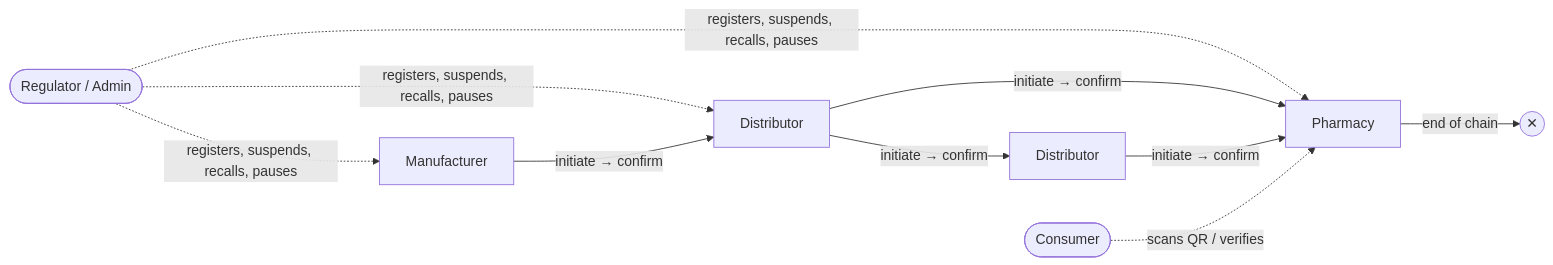
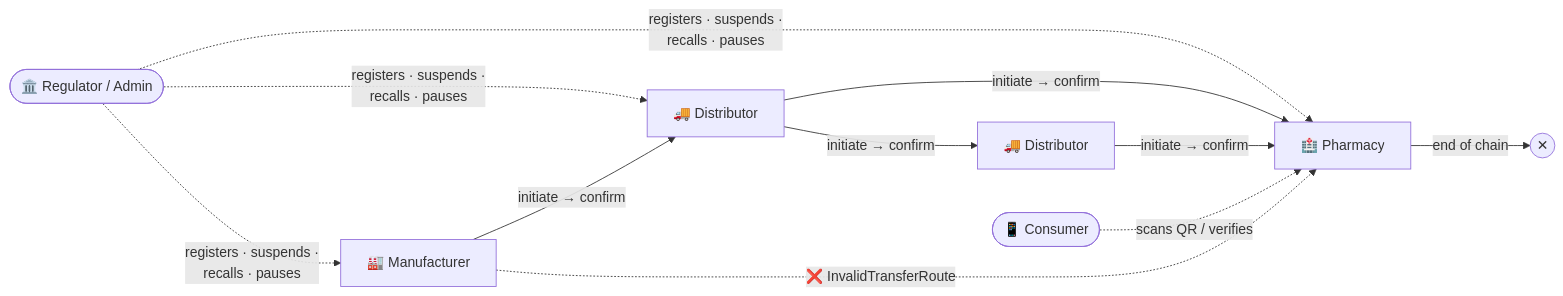
Before and after one commit to siddhant1729/RxChain: the fourth of 11 diagrams in README.md, drawn with Mermaid. The commit also changed other lines of this file and 1 other file, not shown here.

Commit message:
docs: rewrite README with flowcharts and add full project walkthrough

````diff
--- a/README.md
+++ b/README.md
@@ -86,10 +169,11 @@
 ```mermaid
 flowchart LR
-  R(["Regulator / Admin"]) -. registers, suspends, recalls, pauses .-> M & D & P
-  M["Manufacturer"] -->|initiate → confirm| D["Distributor"]
-  D -->|initiate → confirm| D2["Distributor"]
-  D -->|initiate → confirm| P["Pharmacy"]
-  D2 -->|initiate → confirm| P
+  R(["🏛️ Regulator / Admin"]) -. "registers · suspends ·<br/>recalls · pauses" .-> M & D & P
+  M["🏭 Manufacturer"] -->|"initiate → confirm"| D["🚚 Distributor"]
+  D -->|"initiate → confirm"| D2["🚚 Distributor"]
+  D -->|"initiate → confirm"| P["🏥 Pharmacy"]
+  D2 -->|"initiate → confirm"| P
   P -->|end of chain| X(("✕"))
-  Consumer(["Consumer"]) -. scans QR / verifies .-> P
+  Consumer(["📱 Consumer"]) -. "scans QR / verifies" .-> P
+  M -. "❌ InvalidTransferRoute" .-> P
 ```
````
